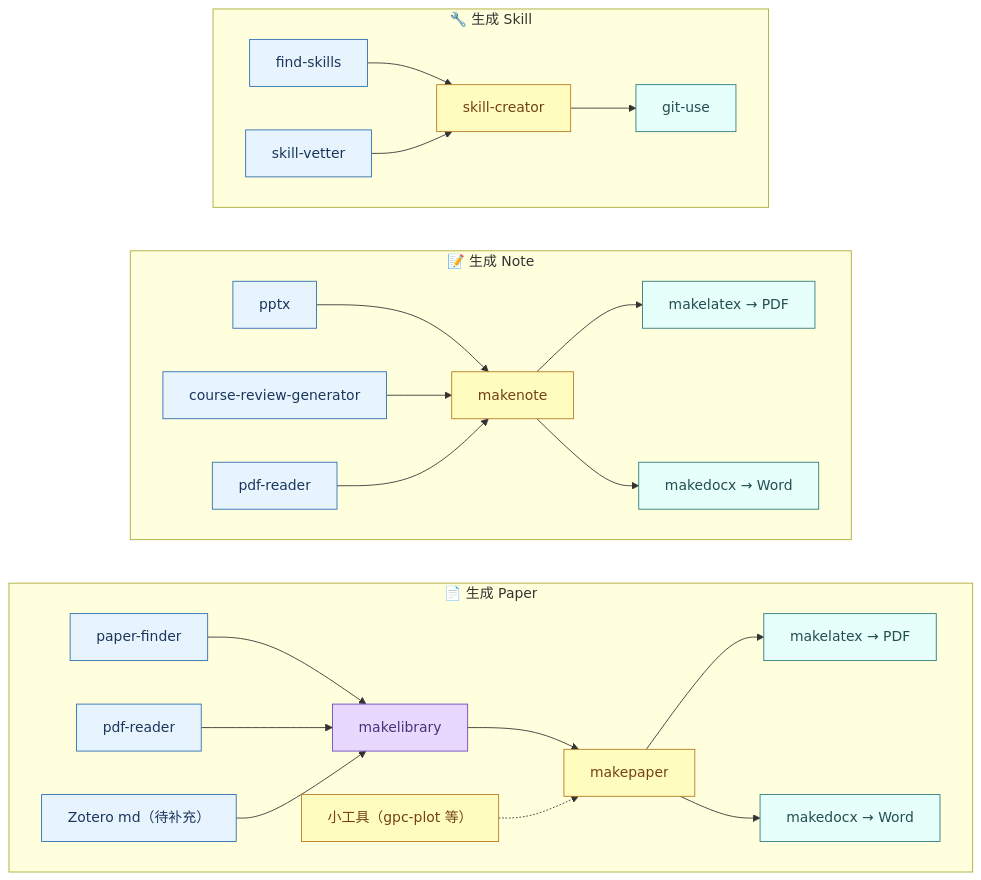
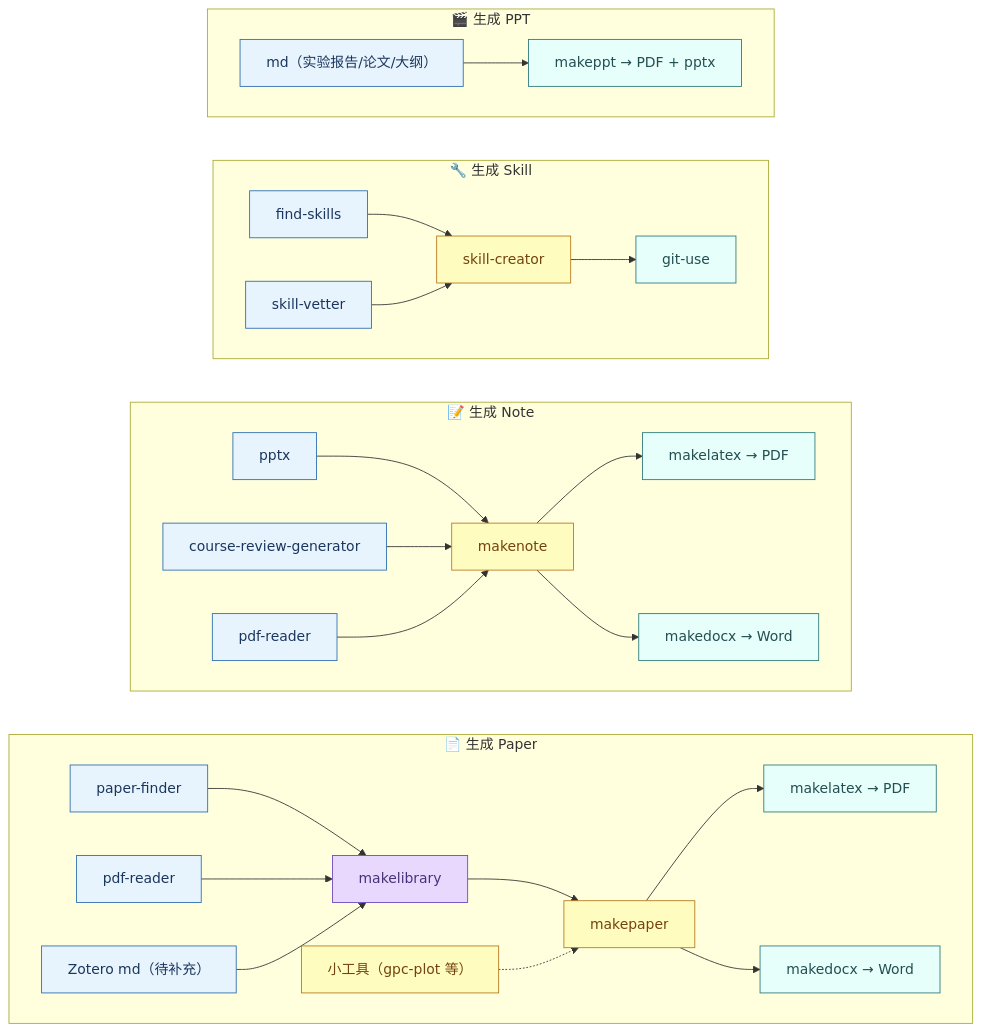
Before and after one commit to han90059005/han-skills: the diagram in README.md, drawn with Mermaid. The commit also changed other lines of this file and 3 other files, not shown here.

Commit message:
feat: 新增 makeppt 技能（md 转汇报 PPT：PDF + pptx）

````diff
--- a/README.md
+++ b/README.md
@@ -25,34 +25,39 @@
 ```mermaid
 flowchart LR
     classDef src fill:#e8f4fd,stroke:#2b6cb0,color:#1a365d
     classDef core fill:#fefcbf,stroke:#b7791f,color:#744210
     classDef out fill:#e6fffa,stroke:#2c7a7b,color:#234e52
     classDef lib fill:#e9d8fd,stroke:#6b46c1,color:#44337a
 
     subgraph P["📄 生成 Paper"]
         direction LR
         PF["paper-finder"]:::src --> ML["makelibrary"]:::lib
         PR["pdf-reader"]:::src --> ML
         ZM["Zotero md（待补充）"]:::src --> ML
         ML --> MP["makepaper"]:::core
         TL["小工具（gpc-plot 等）"]:::core -.-> MP
         MP --> ML1["makelatex → PDF"]:::out
         MP --> PD1["makedocx → Word"]:::out
     end
 
     subgraph N["📝 生成 Note"]
         direction LR
         PT["pptx"]:::src --> MN["makenote"]:::core
         CR["course-review-generator"]:::src --> MN
         PR2["pdf-reader"]:::src --> MN
         MN --> ML2["makelatex → PDF"]:::out
         MN --> PD2["makedocx → Word"]:::out
     end
 
     subgraph S["🔧 生成 Skill"]
         direction LR
         FS["find-skills"]:::src --> SC["skill-creator"]:::core
         SV["skill-vetter"]:::src --> SC
         SC --> GU["git-use"]:::out
     end
+
+    subgraph PP["🎬 生成 PPT"]
+        direction LR
+        MD["md（实验报告/论文/大纲）"]:::src --> MKP["makeppt → PDF + pptx"]:::out
+    end
 ```
````
